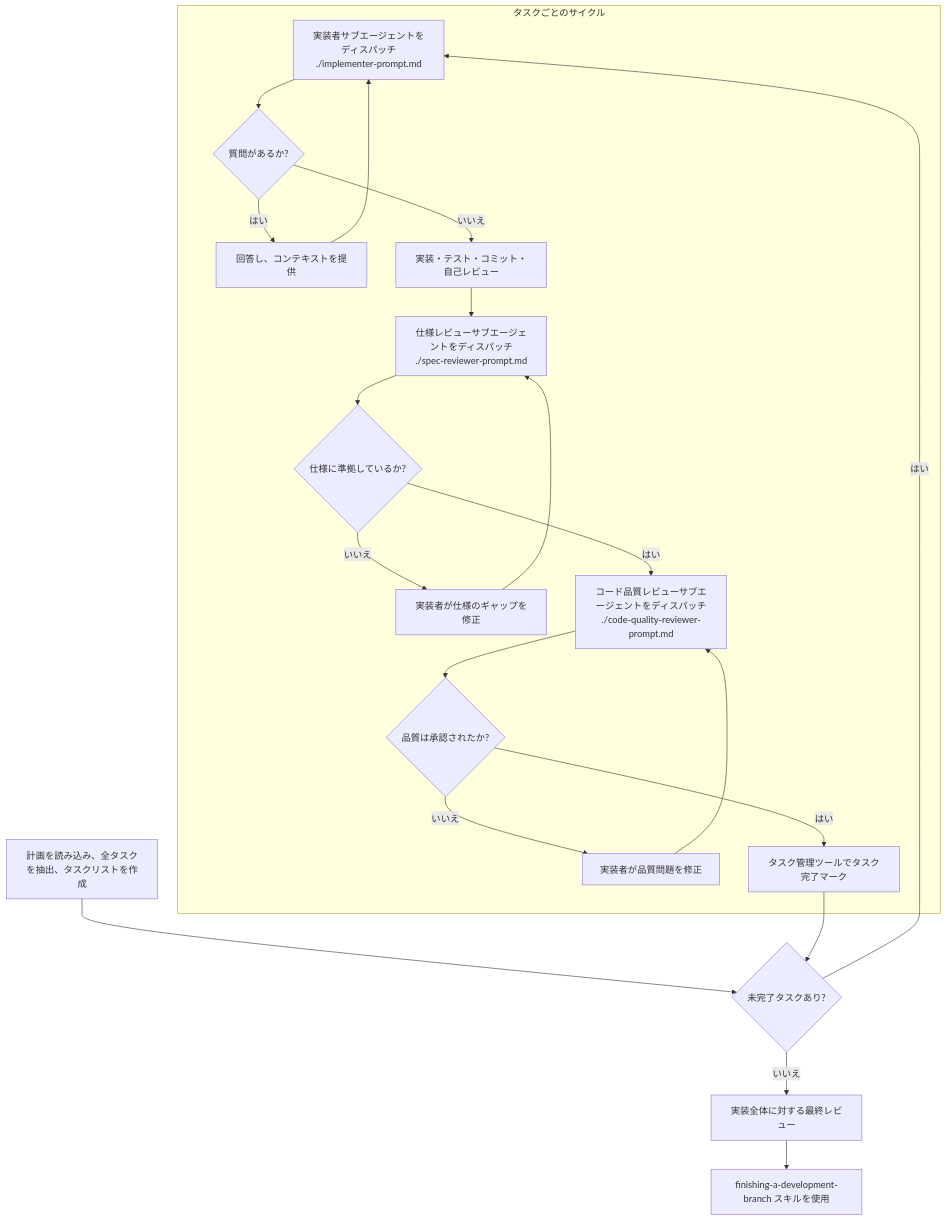
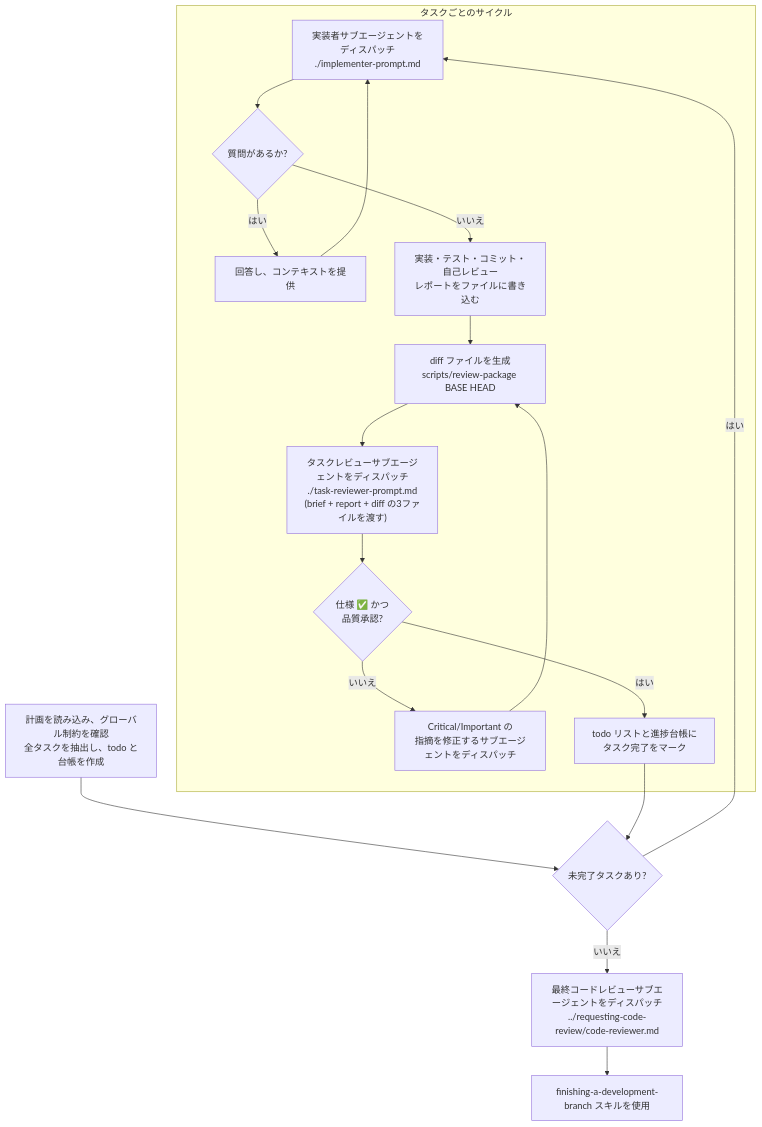
The second of 2 diagrams in skills/subagent-driven-development/SKILL.md (oki2a24/superpowerssuperpowers), drawn with Mermaid before and after one commit. The commit also changed other lines of this file and 7 other files, not shown here.

Commit message:
feat(sdd): sync subagent-driven-development with upstream single reviewer, file handoffs, and progress ledger

````diff
--- a/skills/subagent-driven-development/SKILL.md
+++ b/skills/subagent-driven-development/SKILL.md
@@ -36,24 +38,21 @@
 ```mermaid
 graph TD
     subgraph per_task [タスクごとのサイクル]
-        IMP[実装者サブエージェントをディスパッチ<br/>./implementer-prompt.md] --> Q{質問があるか?}
+        IMP["実装者サブエージェントをディスパッチ<br/>./implementer-prompt.md"] --> Q{質問があるか?}
         Q -->|はい| ANS[回答し、コンテキストを提供]
         ANS --> IMP
-        Q -->|いいえ| EXEC[実装・テスト・コミット・自己レビュー]
-        EXEC --> SPEC_REV[仕様レビューサブエージェントをディスパッチ<br/>./spec-reviewer-prompt.md]
-        SPEC_REV --> SPEC_OK{仕様に準拠しているか?}
-        SPEC_OK -->|いいえ| FIX_SPEC[実装者が仕様のギャップを修正]
-        FIX_SPEC --> SPEC_REV
-        SPEC_OK -->|はい| QUAL_REV[コード品質レビューサブエージェントをディスパッチ<br/>./code-quality-reviewer-prompt.md]
-        QUAL_REV --> QUAL_OK{品質は承認されたか?}
-        QUAL_OK -->|いいえ| FIX_QUAL[実装者が品質問題を修正]
-        FIX_QUAL --> QUAL_REV
-        QUAL_OK -->|はい| DONE_TASK[タスク管理ツールでタスク完了マーク]
+        Q -->|いいえ| EXEC["実装・テスト・コミット・自己レビュー<br/>レポートをファイルに書き込む"]
+        EXEC --> PKG["diff ファイルを生成<br/>scripts/review-package BASE HEAD"]
+        PKG --> REV["タスクレビューサブエージェントをディスパッチ<br/>./task-reviewer-prompt.md<br/>(brief + report + diff の3ファイルを渡す)"]
+        REV --> OK{"仕様 ✅ かつ<br/>品質承認?"}
+        OK -->|いいえ| FIX["Critical/Important の<br/>指摘を修正するサブエージェントをディスパッチ"]
+        FIX --> PKG
+        OK -->|はい| DONE_TASK["todo リストと進捗台帳に<br/>タスク完了をマーク"]
     end
 
-    START[計画を読み込み、全タスクを抽出、タスクリストを作成] --> NEXT{未完了タスクあり?}
+    START["計画を読み込み、グローバル制約を確認<br/>全タスクを抽出し、todo と台帳を作成"] --> NEXT{未完了タスクあり?}
     NEXT -->|はい| IMP
     DONE_TASK --> NEXT
-    NEXT -->|いいえ| FINAL[実装全体に対する最終レビュー]
-    FINAL --> FINISH[finishing-a-development-branch スキルを使用]
+    NEXT -->|いいえ| FINAL["最終コードレビューサブエージェントをディスパッチ<br/>../requesting-code-review/code-reviewer.md"]
+    FINAL --> FINISH["finishing-a-development-branch スキルを使用"]
 ```
````
